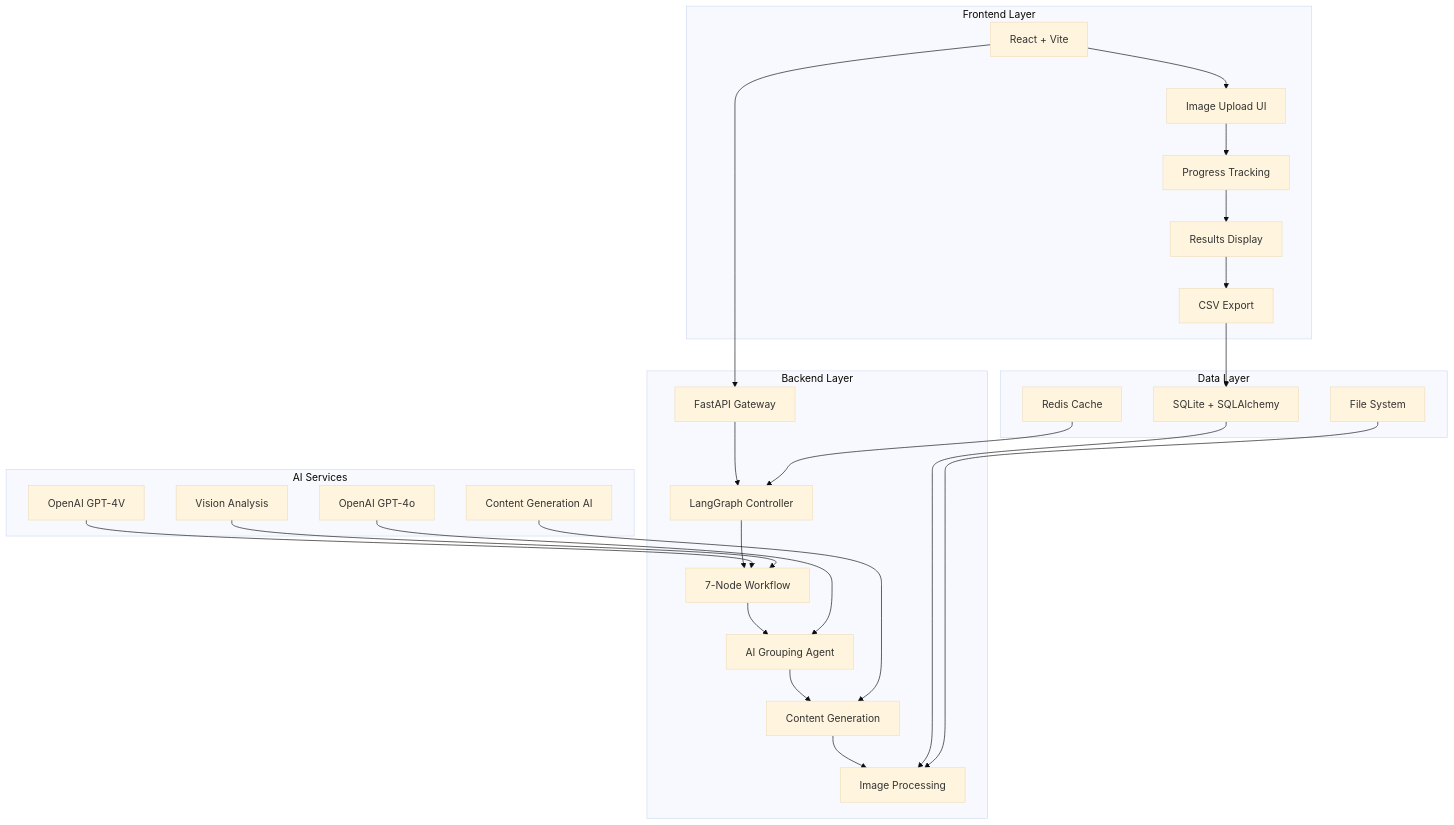
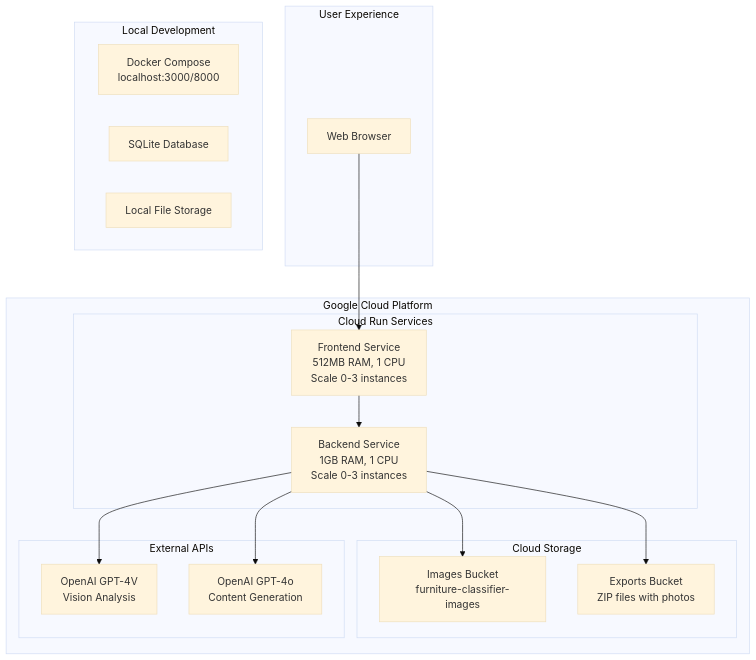
Before and after one commit to carlyleong/furniture-marketplace-agent: the diagram in README.md, drawn with Mermaid (base theme). The commit also changed other lines of this file and 52 other files, not shown here.

````diff
--- a/README.md
+++ b/README.md
@@ -41,33 +56,34 @@
 ```mermaid
 graph TB
-    subgraph "Frontend Layer"
-        A[React + Vite] --> B[Image Upload UI]
-        B --> C[Progress Tracking]
-        C --> D[Results Display]
-        D --> E[CSV Export]
+    subgraph "Google Cloud Platform"
+        subgraph "Cloud Run Services"
+            A[Frontend Service<br/>512MB RAM, 1 CPU<br/>Scale 0-3 instances] 
+            B[Backend Service<br/>1GB RAM, 1 CPU<br/>Scale 0-3 instances]
+        end
+        
+        subgraph "Cloud Storage"
+            C[Images Bucket<br/>furniture-classifier-images]
+            D[Exports Bucket<br/>ZIP files with photos]
+        end
+        
+        subgraph "External APIs"
+            E[OpenAI GPT-4V<br/>Vision Analysis]
+            F[OpenAI GPT-4o<br/>Content Generation]
+        end
     end
     
-    subgraph "Backend Layer" 
-        F[FastAPI Gateway] --> G[LangGraph Controller]
-        G --> H[7-Node Workflow]
-        H --> I[AI Grouping Agent]
-        I --> J[Content Generation]
-        J --> K[Image Processing]
+    subgraph "User Experience"
+        G[Web Browser] --> A
+        A --> B
+        B --> E
+        B --> F
+        B --> C
+        B --> D
     end
     
-    subgraph "AI Services"
-        L[OpenAI GPT-4V] --> H
-        M[OpenAI GPT-4o] --> I
-        N[Content Generation AI] --> J
-        O[Vision Analysis] --> H
+    subgraph "Local Development"
+        H[Docker Compose<br/>localhost:3000/8000]
+        I[SQLite Database]
+        J[Local File Storage]
     end
-    
-    subgraph "Data Layer"
-        P[SQLite + SQLAlchemy] --> K
-        Q[Redis Cache] --> G
-        R[File System] --> K
-    end
-    
-    A --> F
-    E --> P
 ```
````
